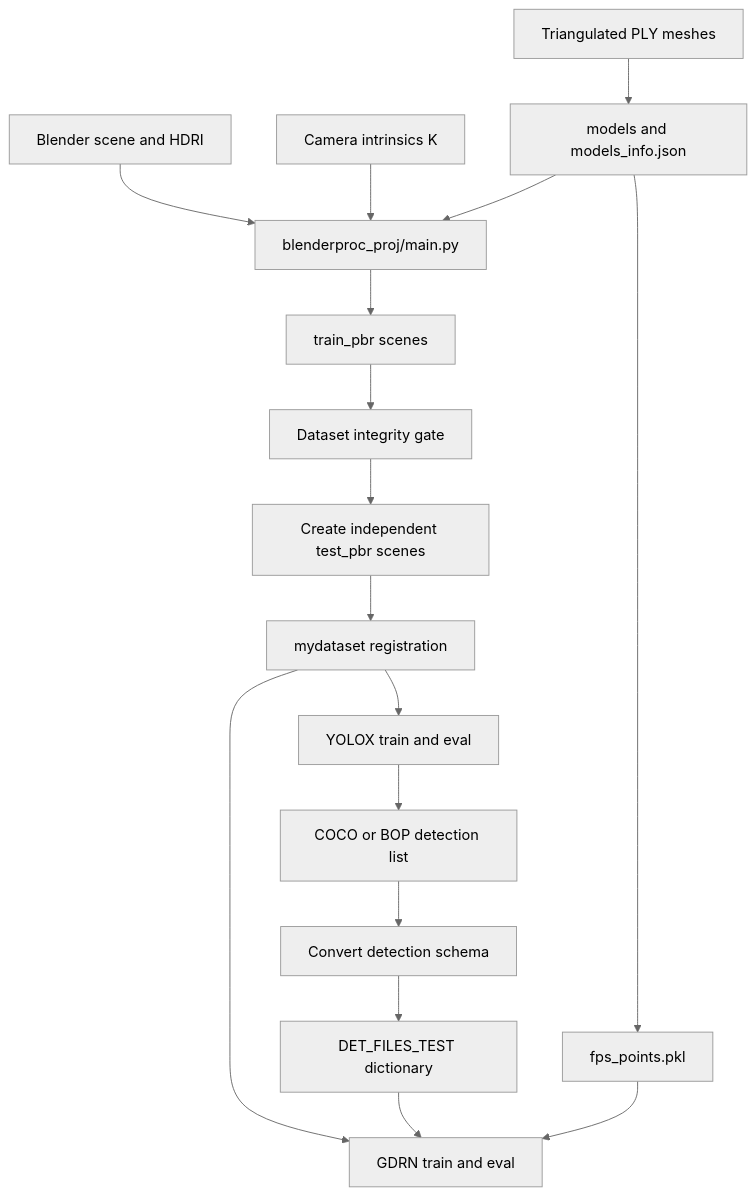
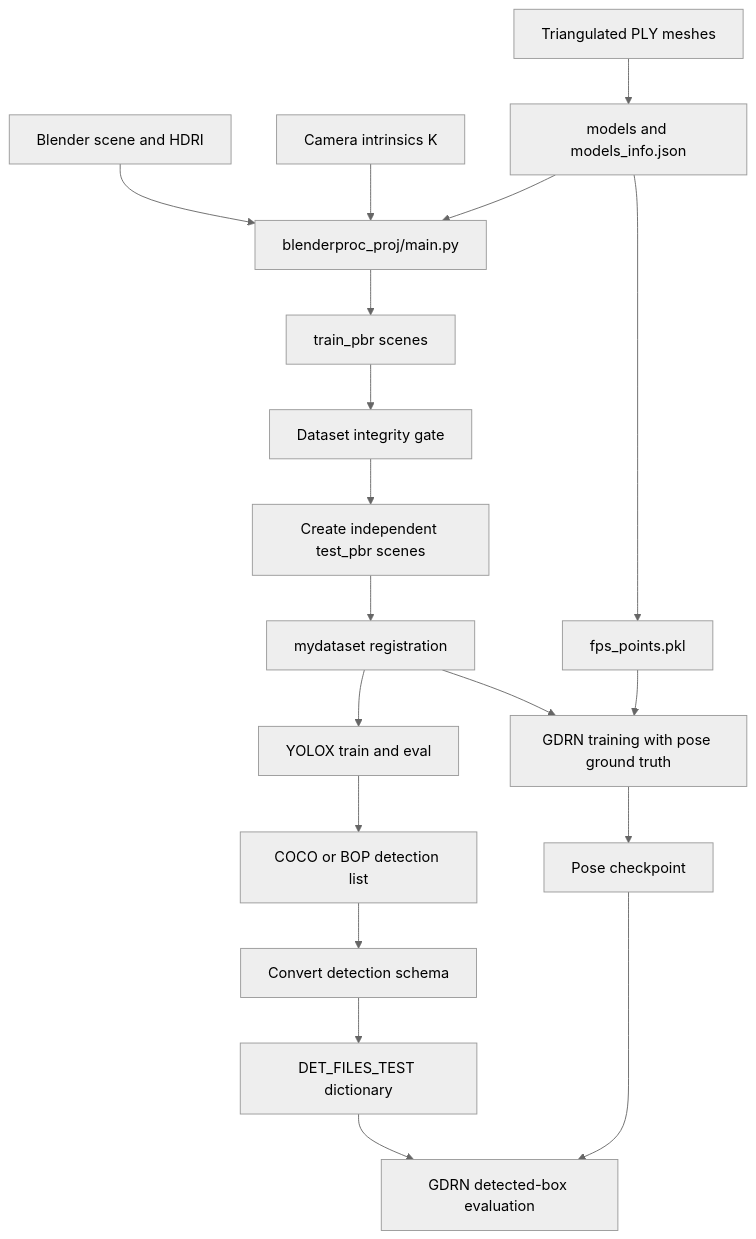
The second of 7 diagrams in docs/08_architecture.md (DH-ai/synthetic-data-yolo-training_and_pose_estimation), drawn with Mermaid (neutral theme) before and after one commit. The commit also changed other lines of this file and 4 other files, not shown here.

````diff
--- a/docs/08_architecture.md
+++ b/docs/08_architecture.md
@@ -36,19 +36,21 @@
 ```mermaid
 flowchart TD
     Mesh[Triangulated PLY meshes] --> Models[models and models_info.json]
     Scene[Blender scene and HDRI] --> Main[blenderproc_proj/main.py]
     CameraK[Camera intrinsics K] --> Main
     Models --> Main
     Main --> TrainPBR[train_pbr scenes]
     TrainPBR --> Integrity[Dataset integrity gate]
     Integrity --> Split[Create independent test_pbr scenes]
     Split --> Registration[mydataset registration]
     Registration --> YTrain[YOLOX train and eval]
-    Registration --> GTrain[GDRN train and eval]
+    Registration --> GTrain[GDRN training with pose ground truth]
     YTrain --> RawDet[COCO or BOP detection list]
     RawDet --> Convert[Convert detection schema]
     Convert --> DetDict[DET_FILES_TEST dictionary]
-    DetDict --> GTrain
     Models --> FPS[fps_points.pkl]
     FPS --> GTrain
+    GTrain --> PoseCheckpoint[Pose checkpoint]
+    DetDict --> DetEval[GDRN detected-box evaluation]
+    PoseCheckpoint --> DetEval
 ```
````
